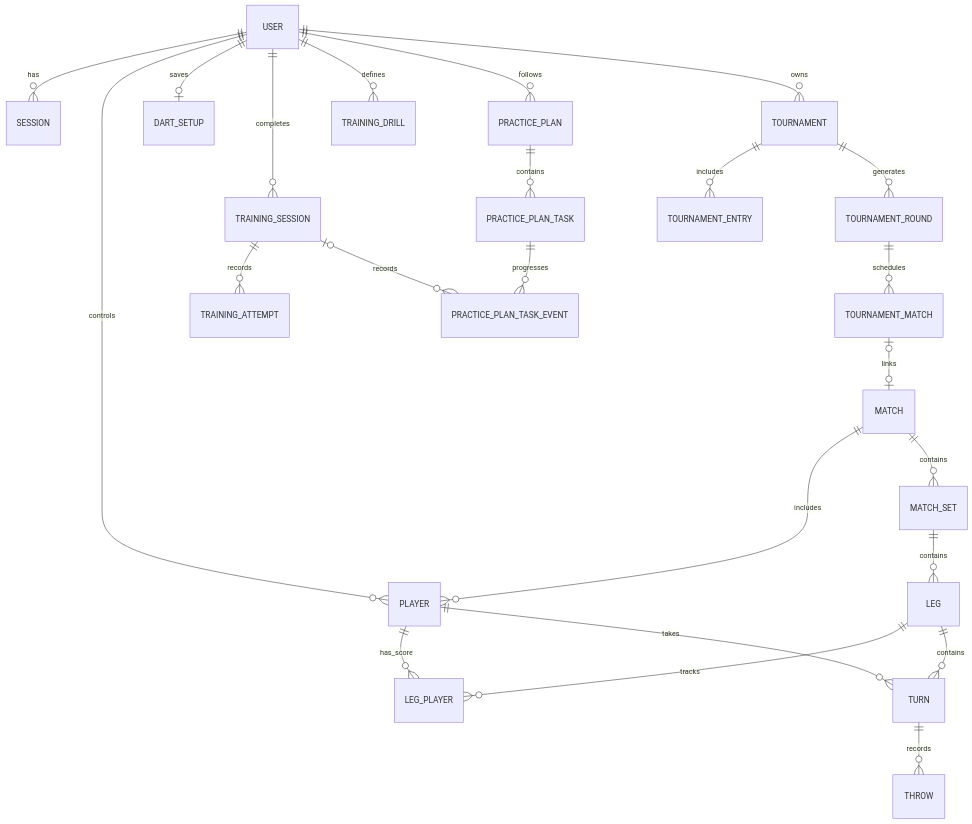
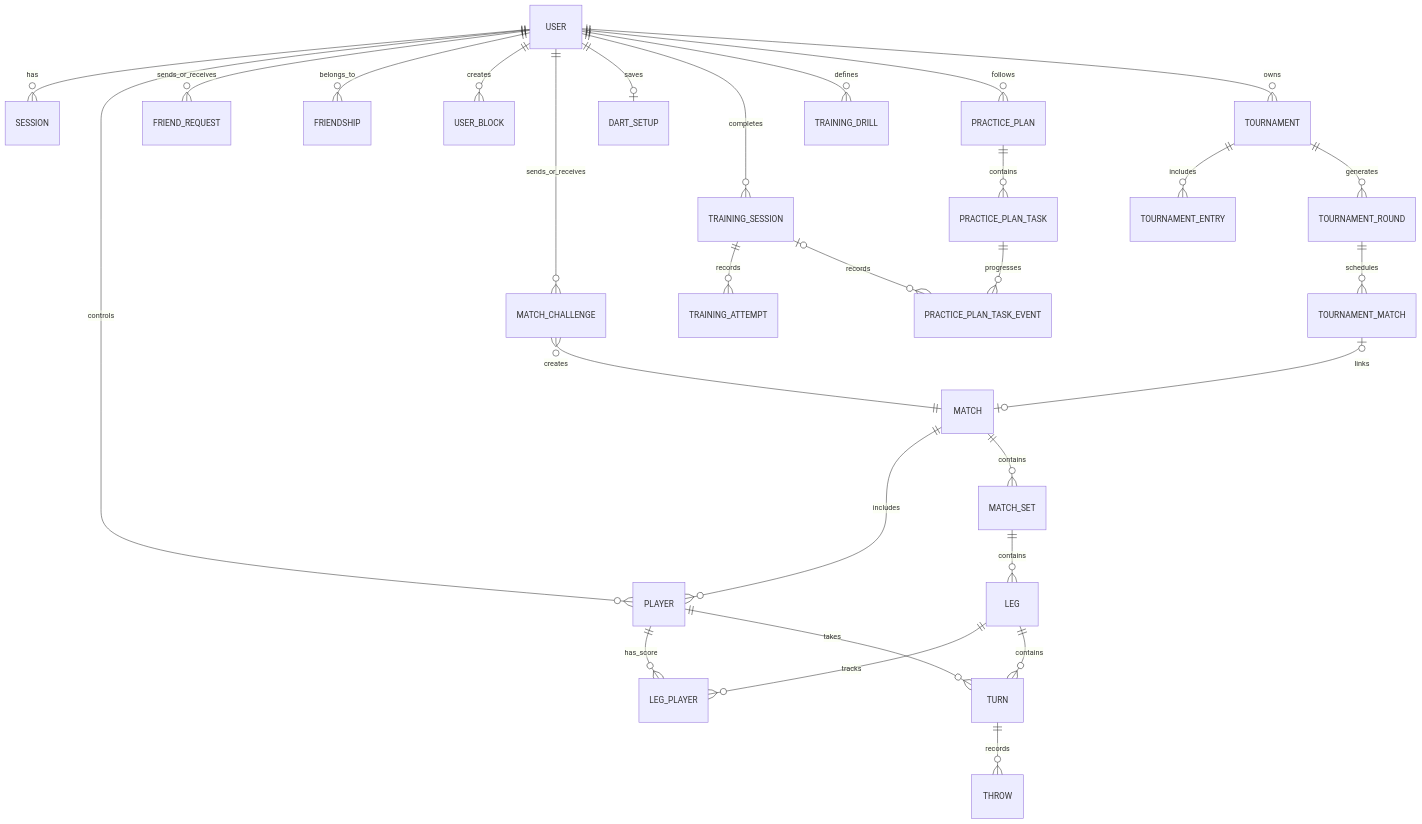
The diagram in README.md (BartekS11/dartZ), drawn with Mermaid before and after one commit. The commit also changed other lines of this file and 69 other files, not shown here.

````diff
--- a/README.md
+++ b/README.md
@@ -185,29 +207,34 @@
 ```mermaid
 erDiagram
     USER ||--o{ SESSION : has
     USER ||--o{ PLAYER : controls
+    USER ||--o{ FRIEND_REQUEST : sends_or_receives
+    USER ||--o{ FRIENDSHIP : belongs_to
+    USER ||--o{ USER_BLOCK : creates
+    USER ||--o{ MATCH_CHALLENGE : sends_or_receives
+    MATCH_CHALLENGE }o--|| MATCH : creates
     USER ||--o| DART_SETUP : saves
     USER ||--o{ TRAINING_SESSION : completes
     USER ||--o{ TRAINING_DRILL : defines
     TRAINING_SESSION ||--o{ TRAINING_ATTEMPT : records
     USER ||--o{ PRACTICE_PLAN : follows
     USER ||--o{ TOURNAMENT : owns
 
     MATCH ||--o{ PLAYER : includes
     MATCH ||--o{ MATCH_SET : contains
     MATCH_SET ||--o{ LEG : contains
     LEG ||--o{ LEG_PLAYER : tracks
     PLAYER ||--o{ LEG_PLAYER : has_score
     LEG ||--o{ TURN : contains
     PLAYER ||--o{ TURN : takes
     TURN ||--o{ THROW : records
 
     TOURNAMENT ||--o{ TOURNAMENT_ENTRY : includes
     TOURNAMENT ||--o{ TOURNAMENT_ROUND : generates
     TOURNAMENT_ROUND ||--o{ TOURNAMENT_MATCH : schedules
     TOURNAMENT_MATCH o|--o| MATCH : links
 
     PRACTICE_PLAN ||--o{ PRACTICE_PLAN_TASK : contains
     PRACTICE_PLAN_TASK ||--o{ PRACTICE_PLAN_TASK_EVENT : progresses
     TRAINING_SESSION o|--o{ PRACTICE_PLAN_TASK_EVENT : records
 ```
````
